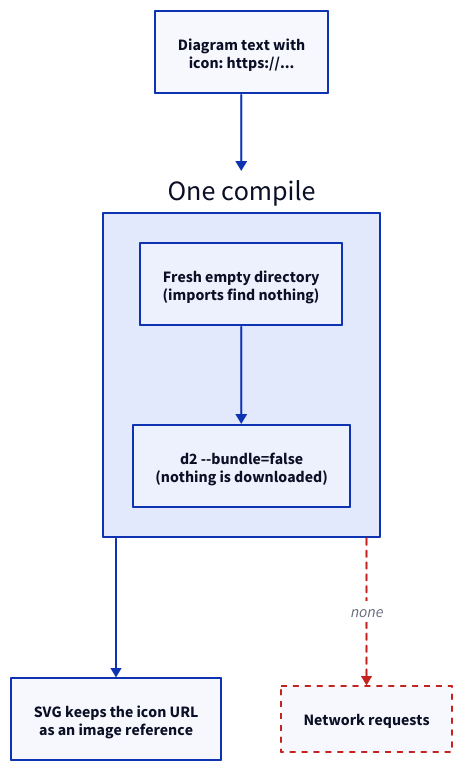
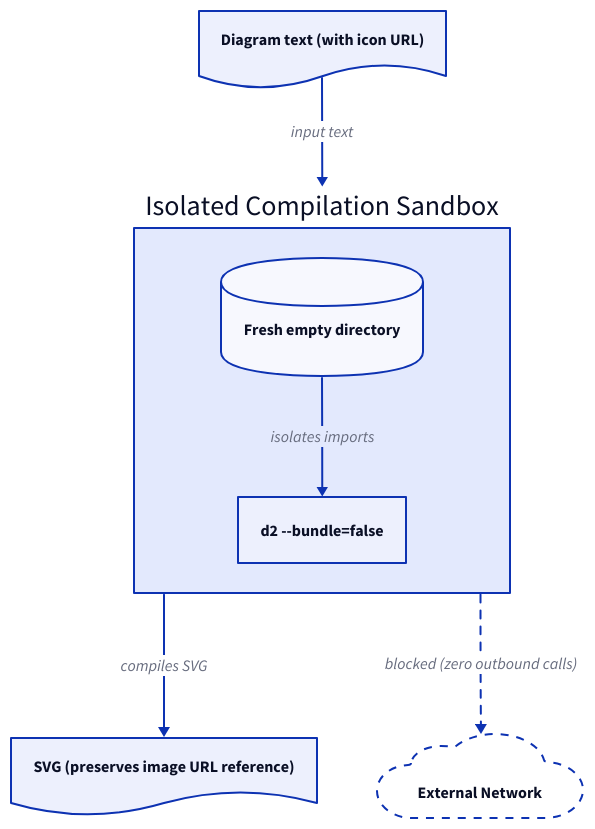
Before and after one commit to kanad13/d2-renderer: the second of 3 diagrams in docs/030-architecture.md, drawn with D2. The commit also changed other lines of this file and 87 other files, not shown here. The source asks for the TALA layout; these drawings use dagre instead.

````diff
--- a/docs/030-architecture.md
+++ b/docs/030-architecture.md
@@ -75,23 +93,37 @@
 ```d2
-direction: down
-
-diagram: "Diagram text with\nicon: https://..."
-compile: "One compile" {
-  direction: down
-  tmp: "Fresh empty directory\n(imports find nothing)"
-  flag: "d2 --bundle=false\n(nothing is downloaded)"
-  tmp -> flag
-}
-svg: "SVG keeps the icon URL\nas an image reference"
-net: "Network requests" {
-  style.stroke: "#C5221F"
-  style.stroke-dash: 3
+vars: {
+  d2-config: {
+    layout-engine: tala
+    pad: 24
+    theme-id: 0
+    dark-theme-id: 200
+  }
 }
 
-diagram -> compile
-compile -> svg
-compile -> net: none {
-  style.stroke: "#C5221F"
-  style.stroke-dash: 3
+source_text: "Diagram text (with icon URL)" {
+  shape: document
+}
+
+compile_sandbox: Isolated Compilation Sandbox {
+  empty_dir: "Fresh empty directory" {
+    shape: cylinder
+  }
+  offline_flag: "d2 --bundle=false"
+  empty_dir -> offline_flag: isolates imports
+}
+
+rendered_svg: "SVG (preserves image URL reference)" {
+  shape: document
+}
+
+external_network: External Network {
+  shape: cloud
+  style.stroke-dash: 4
+}
+
+source_text -> compile_sandbox: input text
+compile_sandbox -> rendered_svg: compiles SVG
+compile_sandbox -> external_network: blocked (zero outbound calls) {
+  style.stroke-dash: 4
 }
 ```
````
